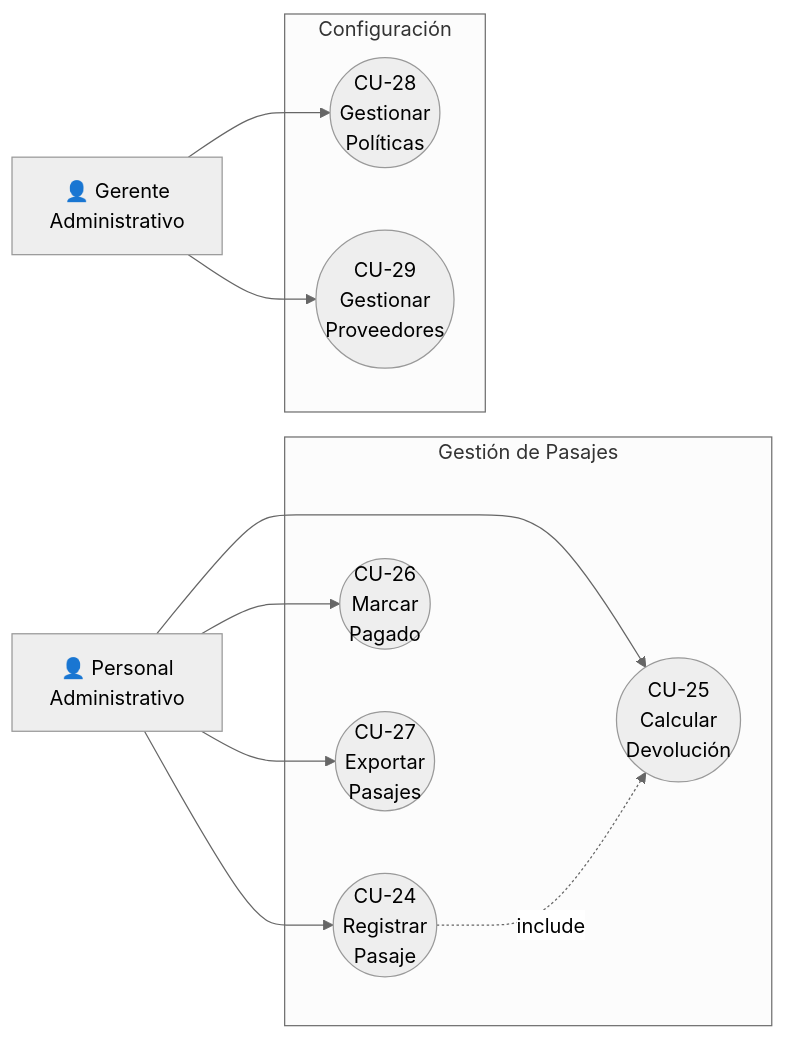
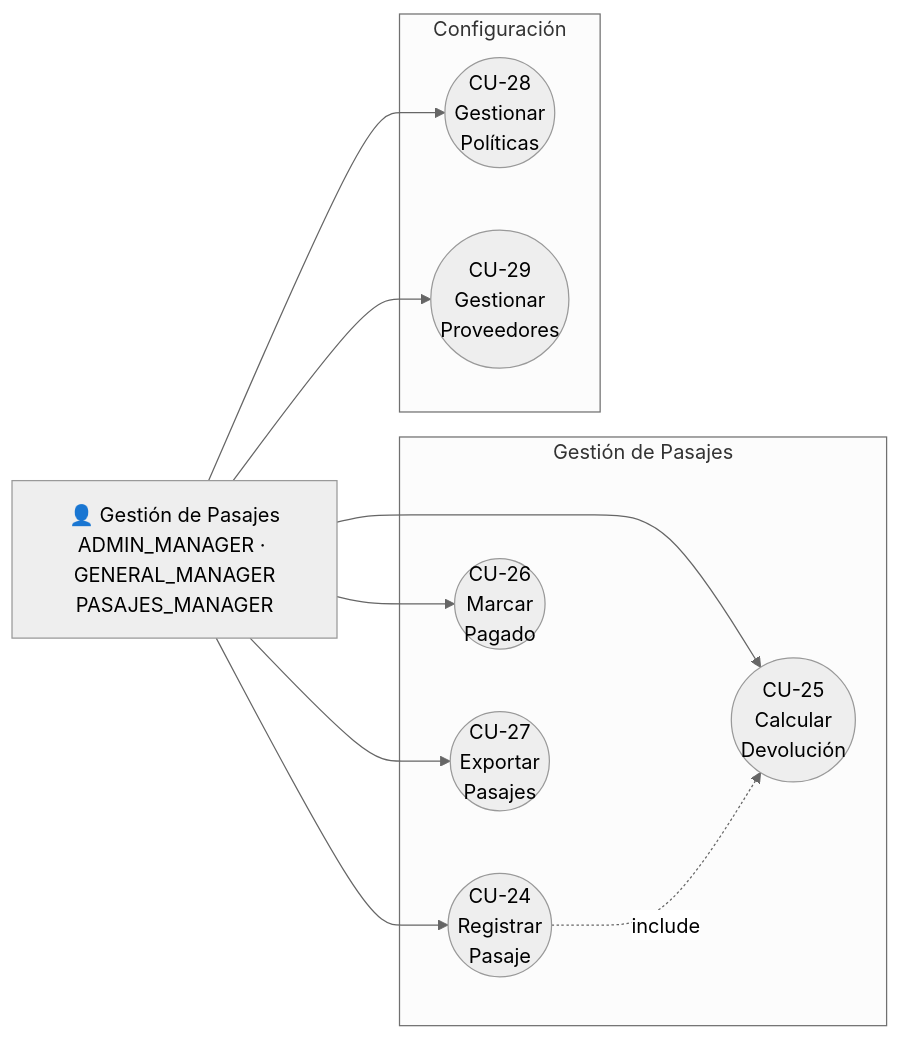
One commit to pccpegit/SYSPCCLOG changed diagram 17 of 25 in docs/01_Casos_de_Uso.md. Above: the diagram before and after it, drawn with Mermaid (neutral theme). The commit also changed other lines of this file and 42 other files, not shown here.

````diff
--- a/docs/01_Casos_de_Uso.md
+++ b/docs/01_Casos_de_Uso.md
@@ -686,25 +899,24 @@
 ```mermaid
 graph LR
-    ADM[👤 Personal<br/>Administrativo]
-    AM[👤 Gerente<br/>Administrativo]
+    ADM[👤 Gestión de Pasajes<br/>ADMIN_MANAGER · GENERAL_MANAGER<br/>PASAJES_MANAGER]
 
     subgraph "Gestión de Pasajes"
         CU24((CU-24<br/>Registrar<br/>Pasaje))
         CU25((CU-25<br/>Calcular<br/>Devolución))
         CU26((CU-26<br/>Marcar<br/>Pagado))
         CU27((CU-27<br/>Exportar<br/>Pasajes))
     end
 
     subgraph "Configuración"
         CU28((CU-28<br/>Gestionar<br/>Políticas))
         CU29((CU-29<br/>Gestionar<br/>Proveedores))
     end
 
     ADM --> CU24
     ADM --> CU25
     ADM --> CU26
     ADM --> CU27
-    AM --> CU28
-    AM --> CU29
+    ADM --> CU28
+    ADM --> CU29
     CU24 -.->|include| CU25
 ```
````
